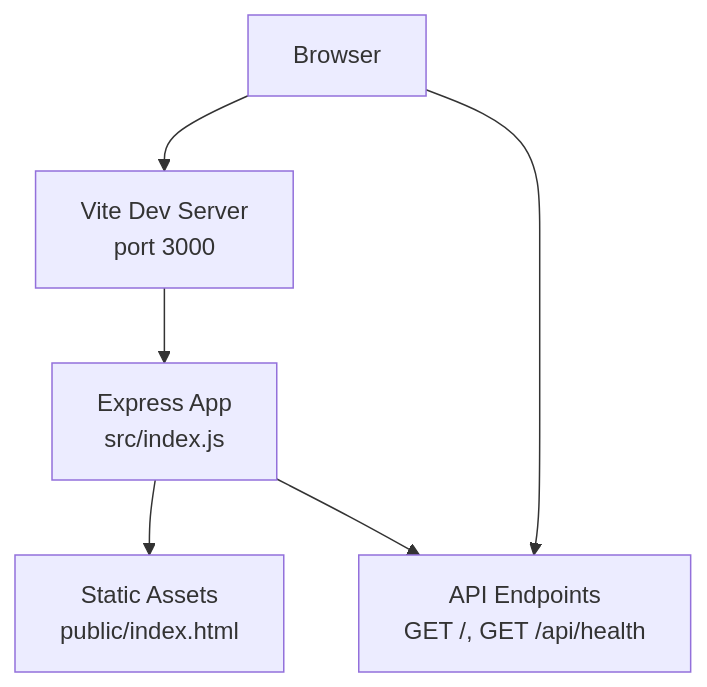
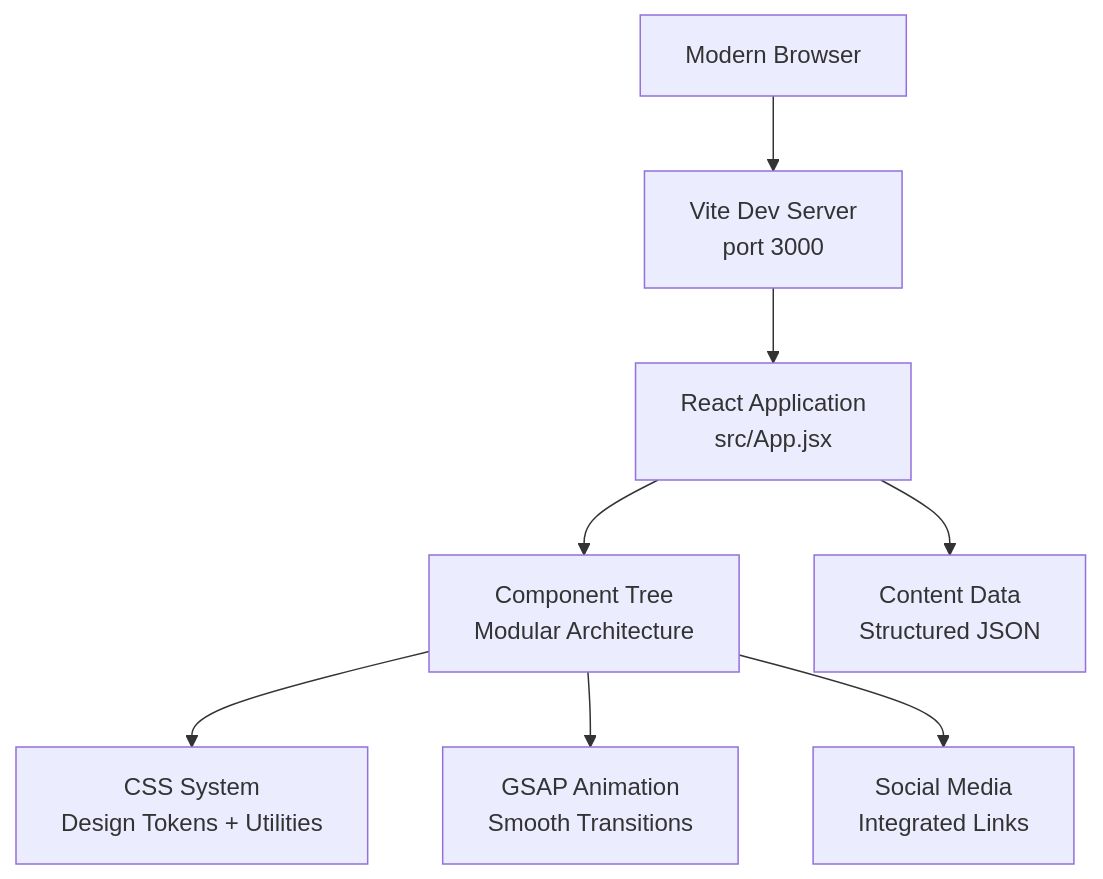
The second of 2 diagrams in .qoder/repowiki/en/content/Project Overview.md (rakeshmaity271/frankie-picasso), drawn with Mermaid before and after one commit. The commit also changed other lines of this file and 27 other files, not shown here.

````diff
--- a/.qoder/repowiki/en/content/Project Overview.md
+++ b/.qoder/repowiki/en/content/Project Overview.md
@@ -103,13 +141,18 @@
 ```mermaid
 graph TB
-Browser["Browser"]
+Browser["Modern Browser"]
 ViteDev["Vite Dev Server<br/>port 3000"]
-ExpressApp["Express App<br/>src/index.js"]
-StaticAssets["Static Assets<br/>public/index.html"]
-API["API Endpoints<br/>GET /, GET /api/health"]
+ReactApp["React Application<br/>src/App.jsx"]
+ComponentTree["Component Tree<br/>Modular Architecture"]
+CSSSystem["CSS System<br/>Design Tokens + Utilities"]
+GSAP["GSAP Animation<br/>Smooth Transitions"]
+ContentData["Content Data<br/>Structured JSON"]
+SocialMedia["Social Media<br/>Integrated Links"]
 Browser --> ViteDev
-ViteDev --> ExpressApp
-ExpressApp --> StaticAssets
-ExpressApp --> API
-Browser --> API
+ViteDev --> ReactApp
+ReactApp --> ComponentTree
+ComponentTree --> CSSSystem
+ComponentTree --> GSAP
+ReactApp --> ContentData
+ComponentTree --> SocialMedia
 ```
````
